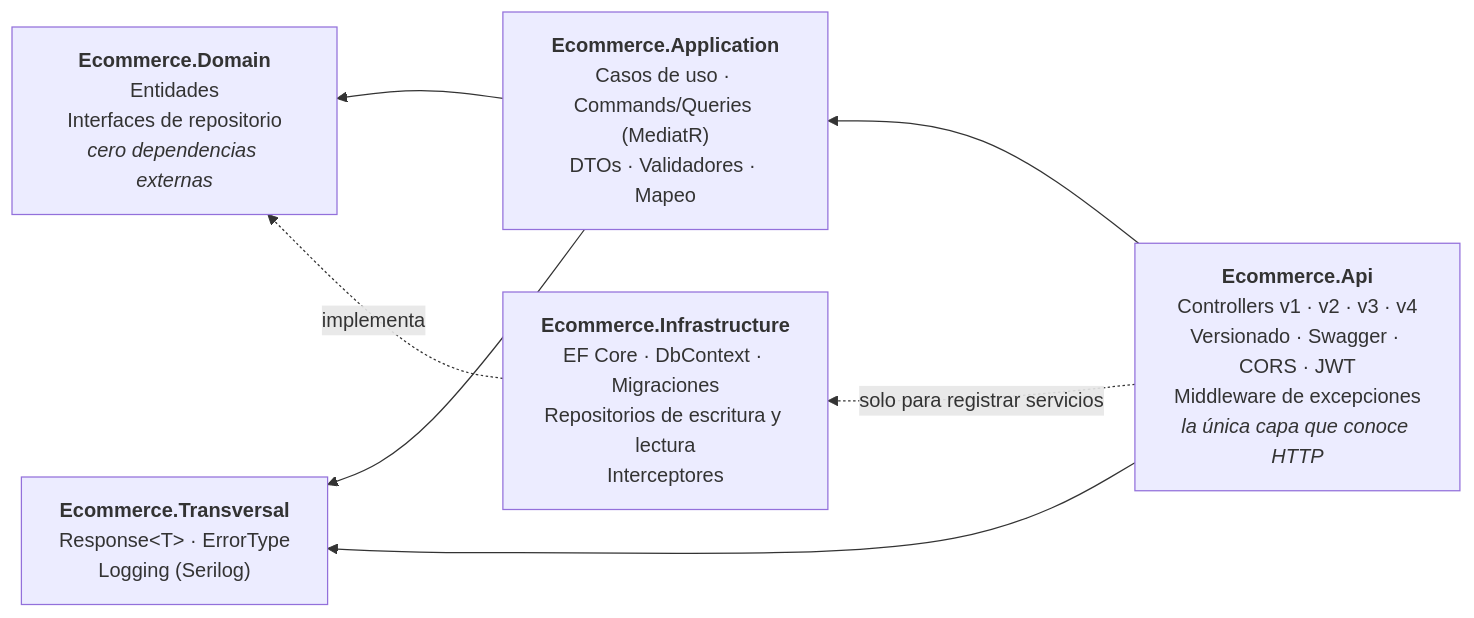
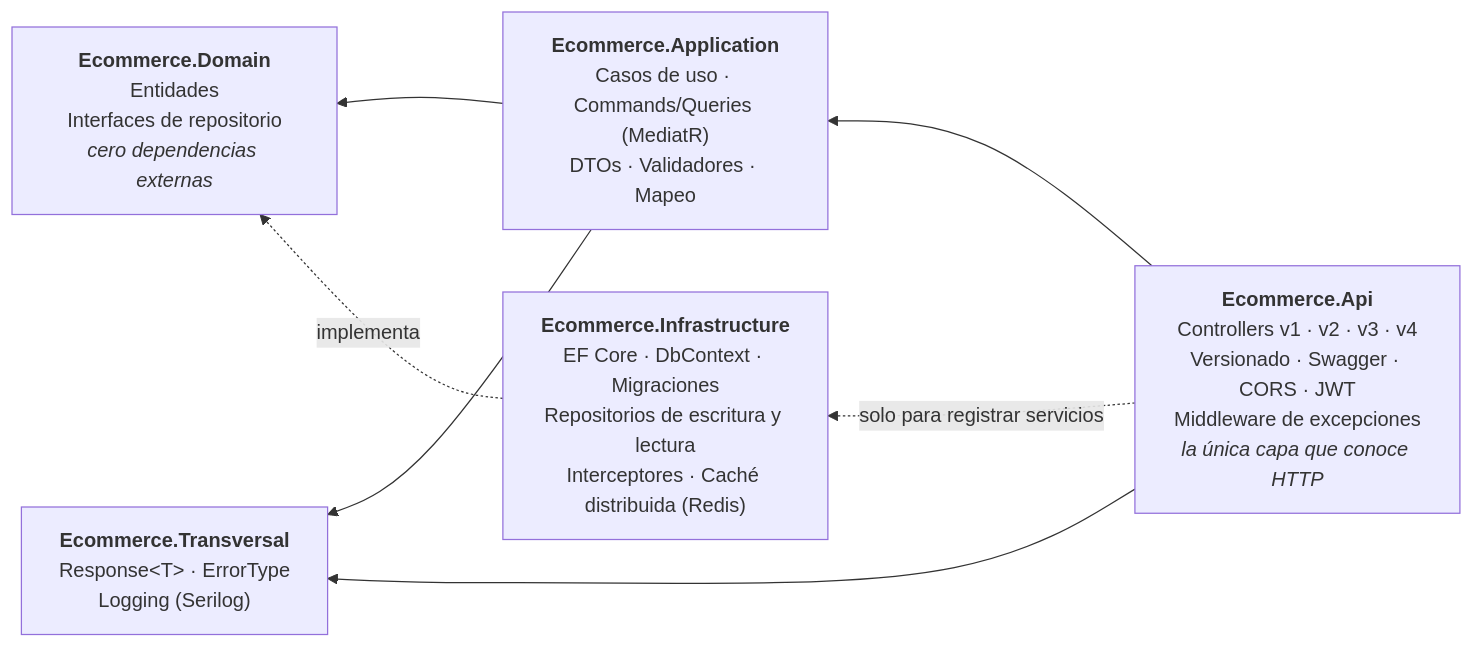
The diagram in README.md (rubendevvalencia/BackendPortfolio), drawn with Mermaid before and after one commit. The commit also changed other lines of this file and 1 other file, not shown here.

````diff
--- a/README.md
+++ b/README.md
@@ -56,15 +62,15 @@
 ```mermaid
 flowchart RL
     API["<b>Ecommerce.Api</b><br/>Controllers v1 · v2 · v3 · v4<br/>Versionado · Swagger · CORS · JWT<br/>Middleware de excepciones<br/><i>la única capa que conoce HTTP</i>"]
     APP["<b>Ecommerce.Application</b><br/>Casos de uso · Commands/Queries (MediatR)<br/>DTOs · Validadores · Mapeo"]
     DOM["<b>Ecommerce.Domain</b><br/>Entidades<br/>Interfaces de repositorio<br/><i>cero dependencias externas</i>"]
-    INF["<b>Ecommerce.Infrastructure</b><br/>EF Core · DbContext · Migraciones<br/>Repositorios de escritura y lectura<br/>Interceptores"]
+    INF["<b>Ecommerce.Infrastructure</b><br/>EF Core · DbContext · Migraciones<br/>Repositorios de escritura y lectura<br/>Interceptores · Caché distribuida (Redis)"]
     TRA["<b>Ecommerce.Transversal</b><br/>Response&lt;T&gt; · ErrorType<br/>Logging (Serilog)"]
 
     API --> APP
     APP --> DOM
     INF -.->|implementa| DOM
     API -.->|solo para registrar servicios| INF
     APP --> TRA
     API --> TRA
 ```
````
